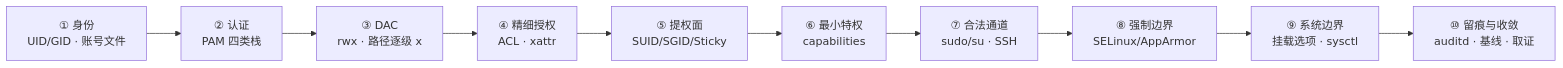
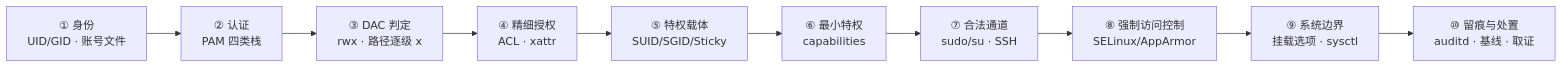
One commit to realtyz/ops-manual changed the diagram in Linux/07_权限与安全加固/00_导读与知识地图.md. Above: the diagram before and after it, drawn with Mermaid. The commit also changed other lines of this file and 118 other files, not shown here.

````diff
--- a/Linux/07_权限与安全加固/00_导读与知识地图.md
+++ b/Linux/07_权限与安全加固/00_导读与知识地图.md
@@ -19,12 +19,12 @@
 ```mermaid
 flowchart LR
   A["① 身份<br/>UID/GID · 账号文件"] --> B["② 认证<br/>PAM 四类栈"]
-  B --> C["③ DAC<br/>rwx · 路径逐级 x"]
+  B --> C["③ DAC 判定<br/>rwx · 路径逐级 x"]
   C --> D["④ 精细授权<br/>ACL · xattr"]
-  D --> E["⑤ 提权面<br/>SUID/SGID/Sticky"]
+  D --> E["⑤ 特权载体<br/>SUID/SGID/Sticky"]
   E --> F["⑥ 最小特权<br/>capabilities"]
   F --> G["⑦ 合法通道<br/>sudo/su · SSH"]
-  G --> H["⑧ 强制边界<br/>SELinux/AppArmor"]
+  G --> H["⑧ 强制访问控制<br/>SELinux/AppArmor"]
   H --> I["⑨ 系统边界<br/>挂载选项 · sysctl"]
-  I --> J["⑩ 留痕与收敛<br/>auditd · 基线 · 取证"]
+  I --> J["⑩ 留痕与处置<br/>auditd · 基线 · 取证"]
 ```
````
